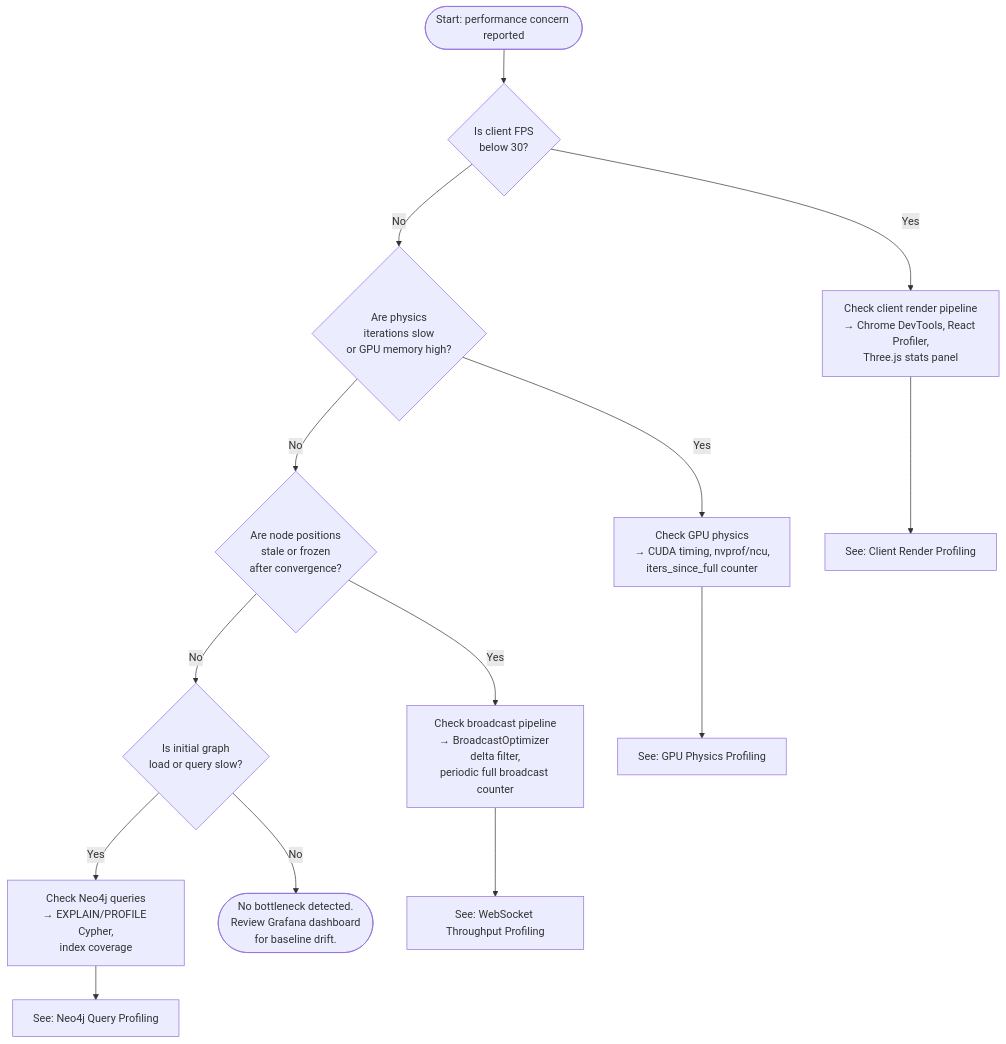
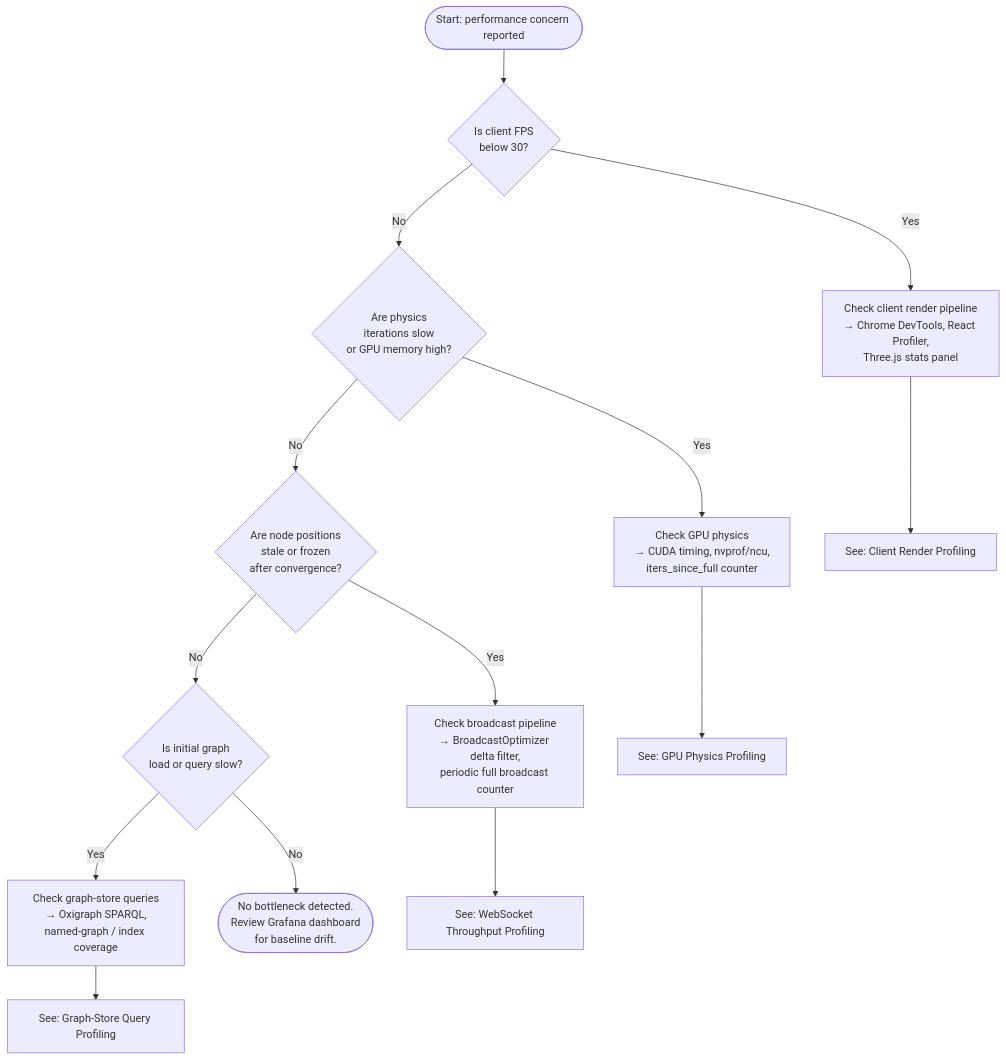
Before and after one commit to shaneholloman/logseq-spring-thing: the first of 2 diagrams in docs/how-to/performance-profiling.md, drawn with Mermaid. The commit also changed other lines of this file and 58 other files, not shown here.

First line of the commit message:
docs: Neo4j→Oxigraph + webxr→visionclaw alignment, physics controls, health probes

````diff
--- a/docs/how-to/performance-profiling.md
+++ b/docs/how-to/performance-profiling.md
@@ -32,23 +34,23 @@
 ```mermaid
 flowchart TD
     Start([Start: performance concern reported])
 
     Start --> Q1{Is client FPS\nbelow 30?}
 
     Q1 -->|Yes| RenderPath[Check client render pipeline\n→ Chrome DevTools, React Profiler,\nThree.js stats panel]
     Q1 -->|No| Q2{Are physics\niterations slow\nor GPU memory high?}
 
     Q2 -->|Yes| GPUPath[Check GPU physics\n→ CUDA timing, nvprof/ncu,\niters_since_full counter]
     Q2 -->|No| Q3{Are node positions\nstale or frozen\nafter convergence?}
 
     Q3 -->|Yes| BroadcastPath[Check broadcast pipeline\n→ BroadcastOptimizer delta filter,\nperiodic full broadcast counter]
     Q3 -->|No| Q4{Is initial graph\nload or query slow?}
 
-    Q4 -->|Yes| Neo4jPath[Check Neo4j queries\n→ EXPLAIN/PROFILE Cypher,\nindex coverage]
+    Q4 -->|Yes| GraphPath[Check graph-store queries\n→ Oxigraph SPARQL,\nnamed-graph / index coverage]
     Q4 -->|No| Resolved([No bottleneck detected.\nReview Grafana dashboard\nfor baseline drift.])
 
     RenderPath --> RenderSection[See: Client Render Profiling]
     GPUPath --> GPUSection[See: GPU Physics Profiling]
     BroadcastPath --> BroadcastSection[See: WebSocket Throughput Profiling]
-    Neo4jPath --> Neo4jSection[See: Neo4j Query Profiling]
+    GraphPath --> GraphSection[See: Graph-Store Query Profiling]
 ```
````
